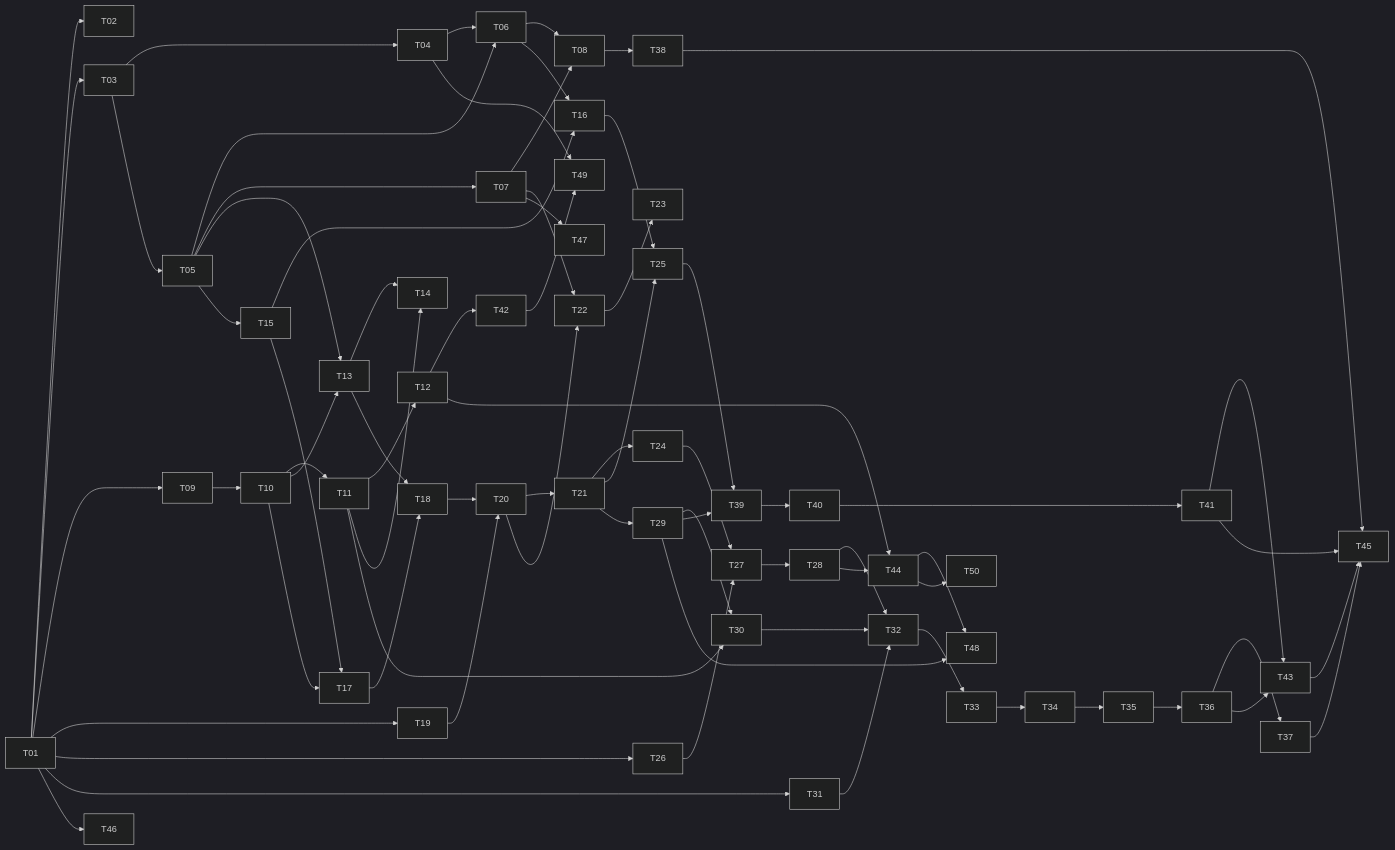
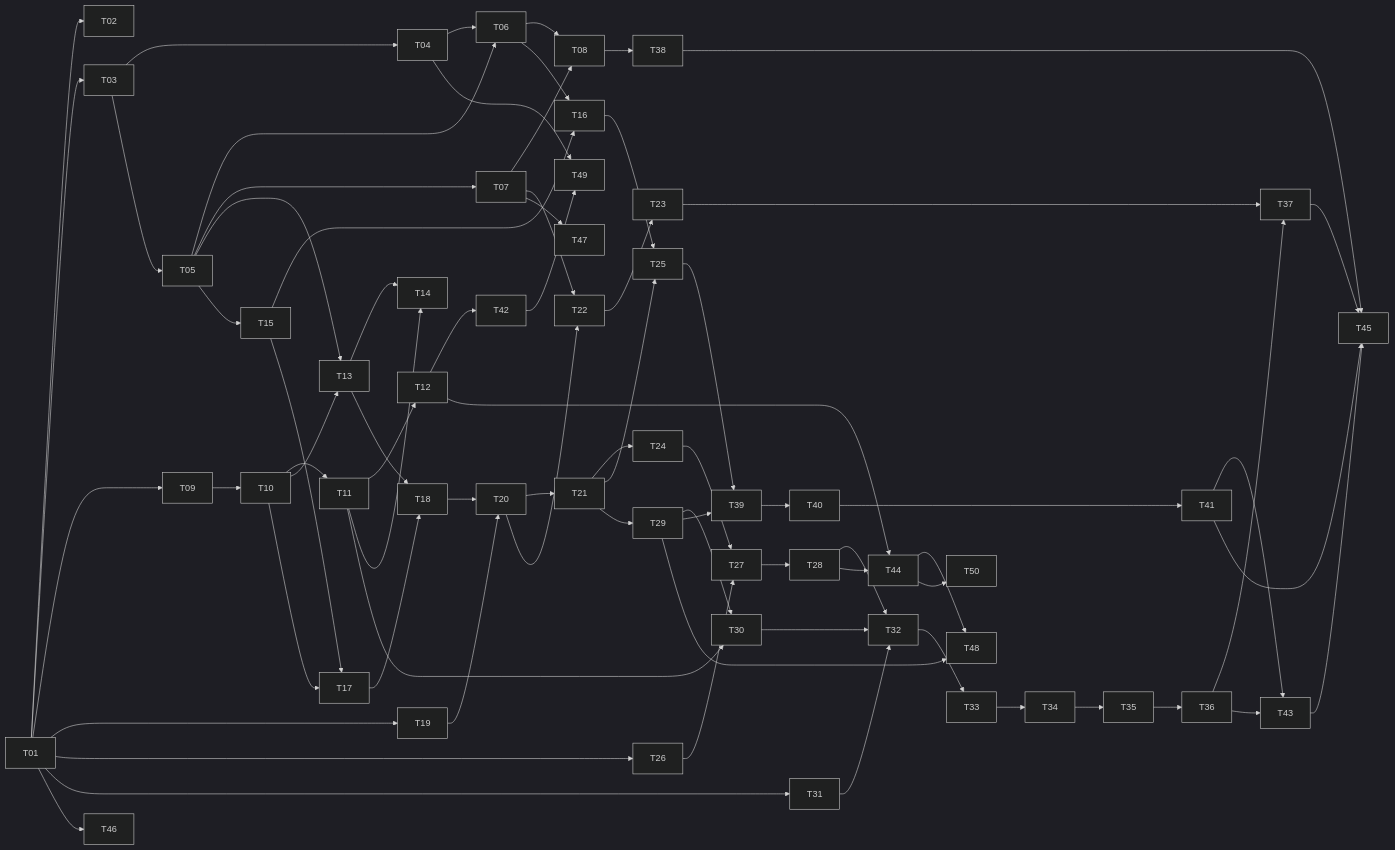
The diagram in docs/planning/2026-09-12_smart-service-tech-design/issues/README.md (xiaokekehaha/anker-haike), drawn with Mermaid (dark theme) before and after one commit. The commit also changed other lines of this file and 220 other files, not shown here.

````diff
--- a/docs/planning/2026-09-12_smart-service-tech-design/issues/README.md
+++ b/docs/planning/2026-09-12_smart-service-tech-design/issues/README.md
@@ -60,74 +60,75 @@
 ```mermaid
 graph LR
   T01 --> T02
   T01 --> T03
   T03 --> T04
   T03 --> T05
   T04 --> T06
   T05 --> T06
   T05 --> T07
   T06 --> T08
   T07 --> T08
   T01 --> T09
   T09 --> T10
   T10 --> T11
   T11 --> T12
   T05 --> T13
   T10 --> T13
   T11 --> T14
   T13 --> T14
   T05 --> T15
   T06 --> T16
   T15 --> T16
   T10 --> T17
   T15 --> T17
   T13 --> T18
   T17 --> T18
   T01 --> T19
   T18 --> T20
   T19 --> T20
   T20 --> T21
   T07 --> T22
   T20 --> T22
   T22 --> T23
   T21 --> T24
   T16 --> T25
   T21 --> T25
   T01 --> T26
   T24 --> T27
   T26 --> T27
   T27 --> T28
   T21 --> T29
   T11 --> T30
   T29 --> T30
   T01 --> T31
   T28 --> T32
   T30 --> T32
   T31 --> T32
   T32 --> T33
   T33 --> T34
   T34 --> T35
   T35 --> T36
   T36 --> T37
+  T23 --> T37
   T08 --> T38
   T25 --> T39
   T29 --> T39
   T39 --> T40
   T40 --> T41
   T12 --> T42
   T36 --> T43
   T41 --> T43
   T12 --> T44
   T28 --> T44
   T37 --> T45
   T38 --> T45
   T41 --> T45
   T43 --> T45
   T01 --> T46
   T07 --> T47
   T29 --> T48
   T44 --> T48
   T04 --> T49
   T42 --> T49
   T44 --> T50
 ```
````
